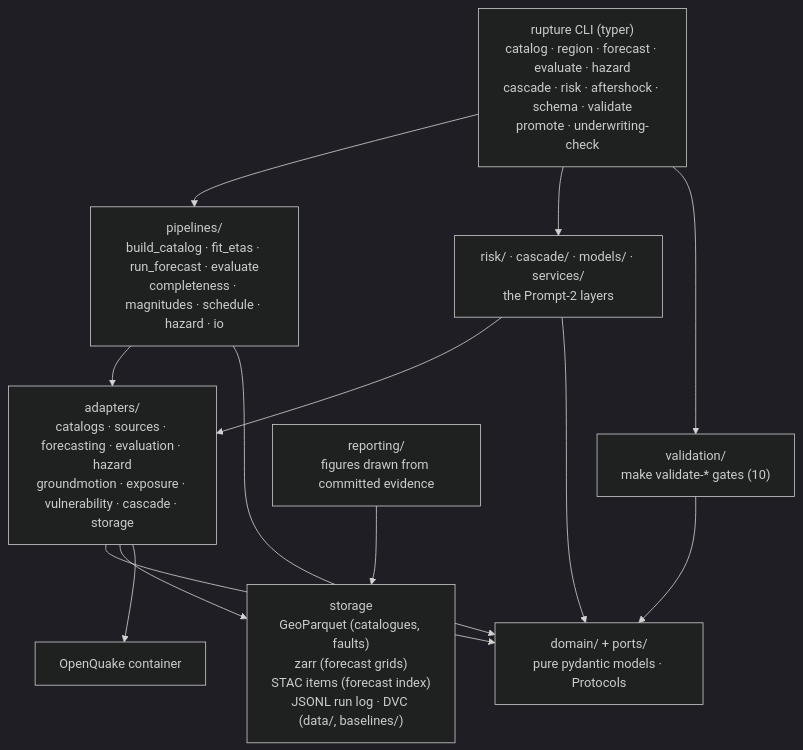
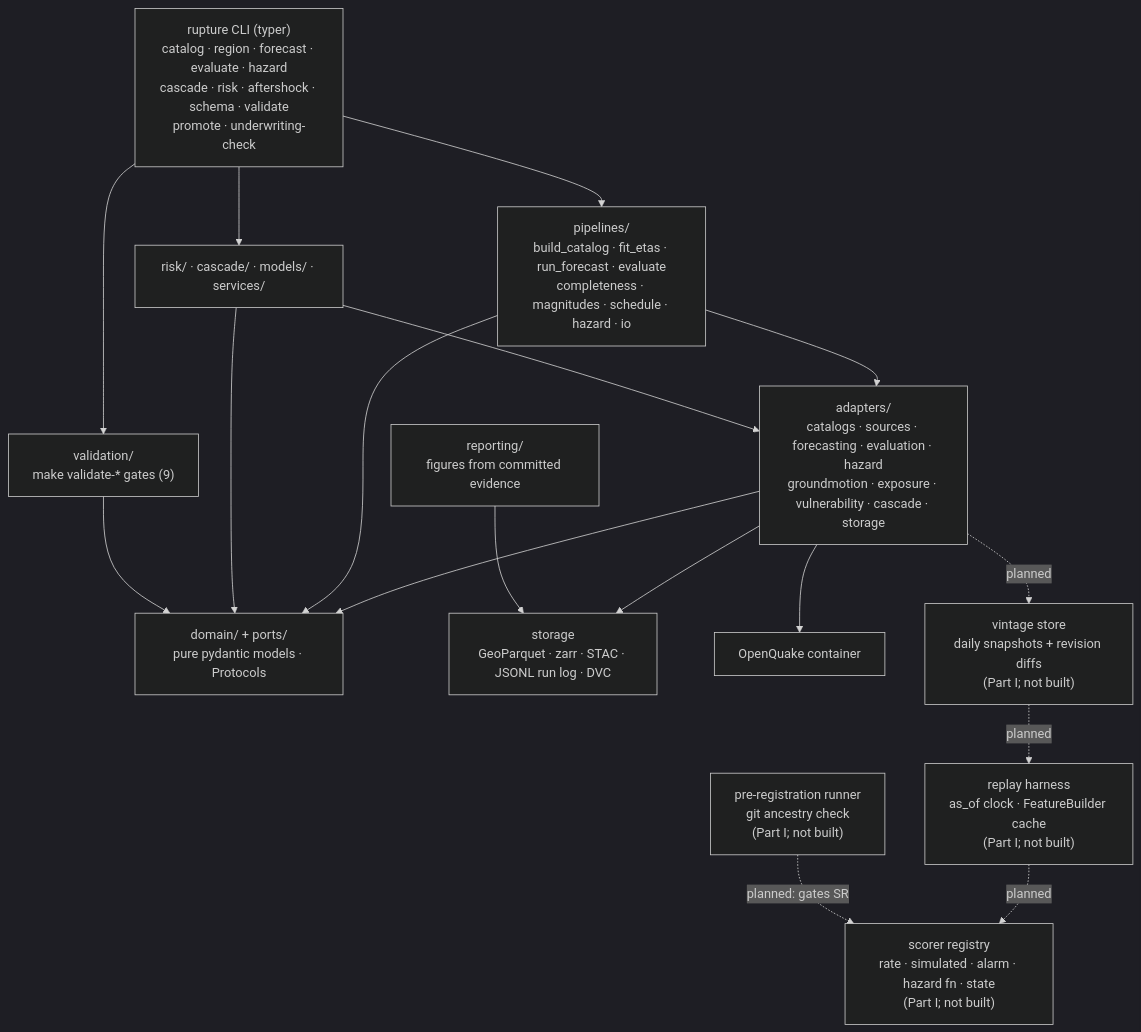
One commit to dizzy1900/rupture changed the second of 2 diagrams in docs/ARCHITECTURE.md. Above: the diagram before and after it, drawn with Mermaid (dark theme). The commit also changed other lines of this file and 27 other files, not shown here.

````diff
--- a/docs/ARCHITECTURE.md
+++ b/docs/ARCHITECTURE.md
@@ -50,23 +1125,32 @@
 ```mermaid
 flowchart TB
   CLI["rupture CLI (typer)<br/>catalog · region · forecast · evaluate · hazard<br/>cascade · risk · aftershock · schema · validate<br/>promote · underwriting-check"]
   P["pipelines/<br/>build_catalog · fit_etas · run_forecast · evaluate<br/>completeness · magnitudes · schedule · hazard · io"]
-  L["risk/ · cascade/ · models/ · services/<br/>the Prompt-2 layers"]
+  L["risk/ · cascade/ · models/ · services/"]
   A["adapters/<br/>catalogs · sources · forecasting · evaluation · hazard<br/>groundmotion · exposure · vulnerability · cascade · storage"]
   D["domain/ + ports/<br/>pure pydantic models · Protocols"]
-  ST["storage<br/>GeoParquet (catalogues, faults)<br/>zarr (forecast grids)<br/>STAC items (forecast index)<br/>JSONL run log · DVC (data/, baselines/)"]
+  ST["storage<br/>GeoParquet · zarr · STAC · JSONL run log · DVC"]
   OQC["OpenQuake container"]
-  V["validation/<br/>make validate-* gates (10)"]
-  RP["reporting/<br/>figures drawn from committed evidence"]
+  V["validation/<br/>make validate-* gates (9)"]
+  RP["reporting/<br/>figures from committed evidence"]
+
+  VS["vintage store<br/>daily snapshots + revision diffs<br/>(Part I; not built)"]
+  RE["replay harness<br/>as_of clock · FeatureBuilder cache<br/>(Part I; not built)"]
+  SR["scorer registry<br/>rate · simulated · alarm · hazard fn · state<br/>(Part I; not built)"]
+  PR["pre-registration runner<br/>git ancestry check<br/>(Part I; not built)"]
 
   CLI --> P --> A
   CLI --> L --> A
   A --> D
   P --> D
   L --> D
   A --> ST
   A --> OQC
   CLI --> V
   V --> D
   RP --> ST
+  A -. "planned" .-> VS
+  VS -. "planned" .-> RE
+  RE -. "planned" .-> SR
+  PR -. "planned: gates SR" .-> SR
 ```
````
